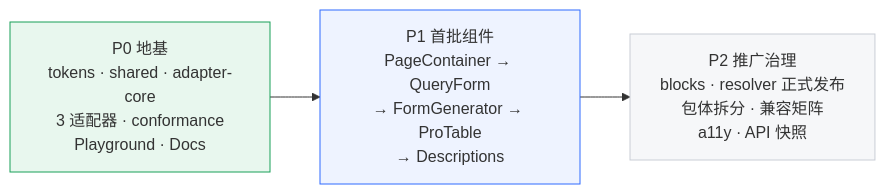
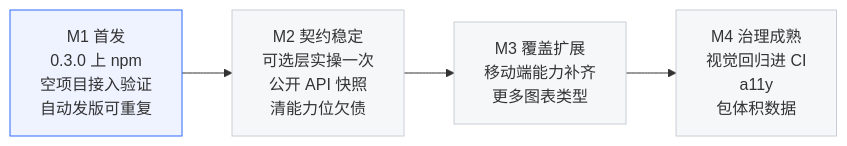
Diagram 12 of 12 in apps/docs/guide/architecture-diagrams.md (socalledPF/fbkworks), drawn with Mermaid before and after one commit. The commit also changed other lines of this file and 4 other files, not shown here.

````diff
--- a/apps/docs/guide/architecture-diagrams.md
+++ b/apps/docs/guide/architecture-diagrams.md
@@ -451,12 +464,14 @@
 ```mermaid
 flowchart LR
-  p0["P0 地基<br/>tokens · shared · adapter-core<br/>3 适配器 · conformance<br/>Playground · Docs"]
-  p1["P1 首批组件<br/>PageContainer → QueryForm<br/>→ FormGenerator → ProTable<br/>→ Descriptions"]
-  p2["P2 推广治理<br/>blocks · resolver 正式发布<br/>包体拆分 · 兼容矩阵<br/>a11y · API 快照"]
+  m1["M1 首发<br/>0.3.0 上 npm<br/>空项目接入验证<br/>自动发版可重复"]
+  m2["M2 契约稳定<br/>可选层实操一次<br/>公开 API 快照<br/>清能力位欠债"]
+  m3["M3 覆盖扩展<br/>移动端能力补齐<br/>更多图表类型"]
+  m4["M4 治理成熟<br/>视觉回归进 CI<br/>a11y<br/>包体积数据"]
 
-  p0 --> p1 --> p2
+  m1 --> m2 --> m3 --> m4
 
-  style p0 fill:#e8f7ee,stroke:#18a058
-  style p1 fill:#eef3ff,stroke:#2f6bff
-  style p2 fill:#f6f7f9,stroke:#c9ced6
+  style m1 fill:#eef3ff,stroke:#2f6bff
+  style m2 fill:#f6f7f9,stroke:#c9ced6
+  style m3 fill:#f6f7f9,stroke:#c9ced6
+  style m4 fill:#f6f7f9,stroke:#c9ced6
 ```
````
